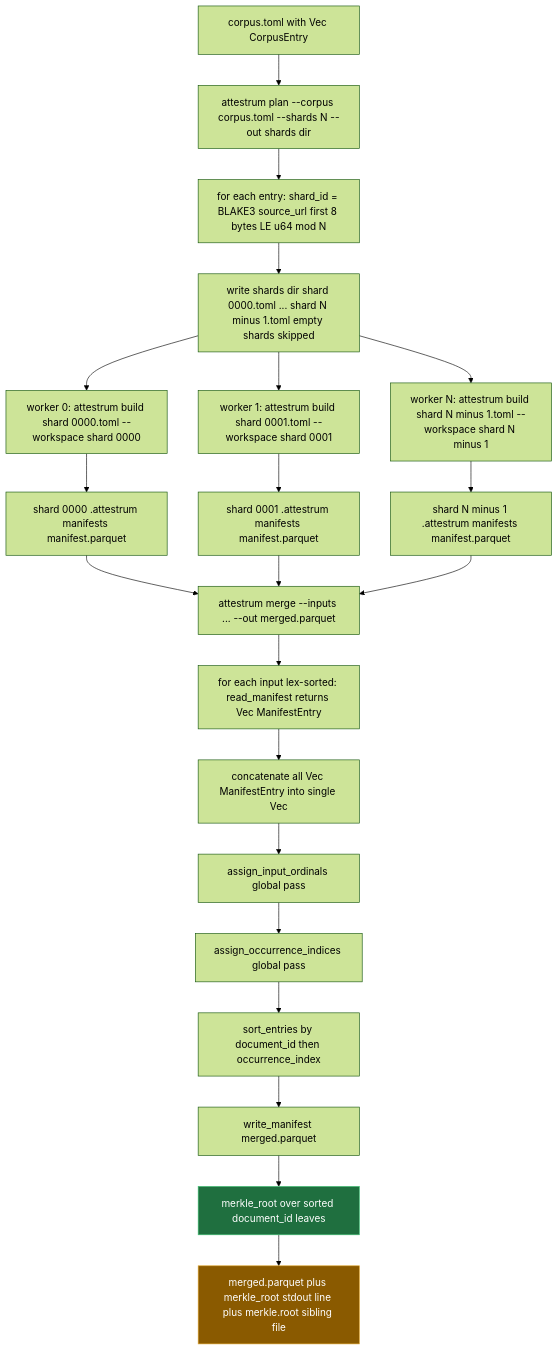
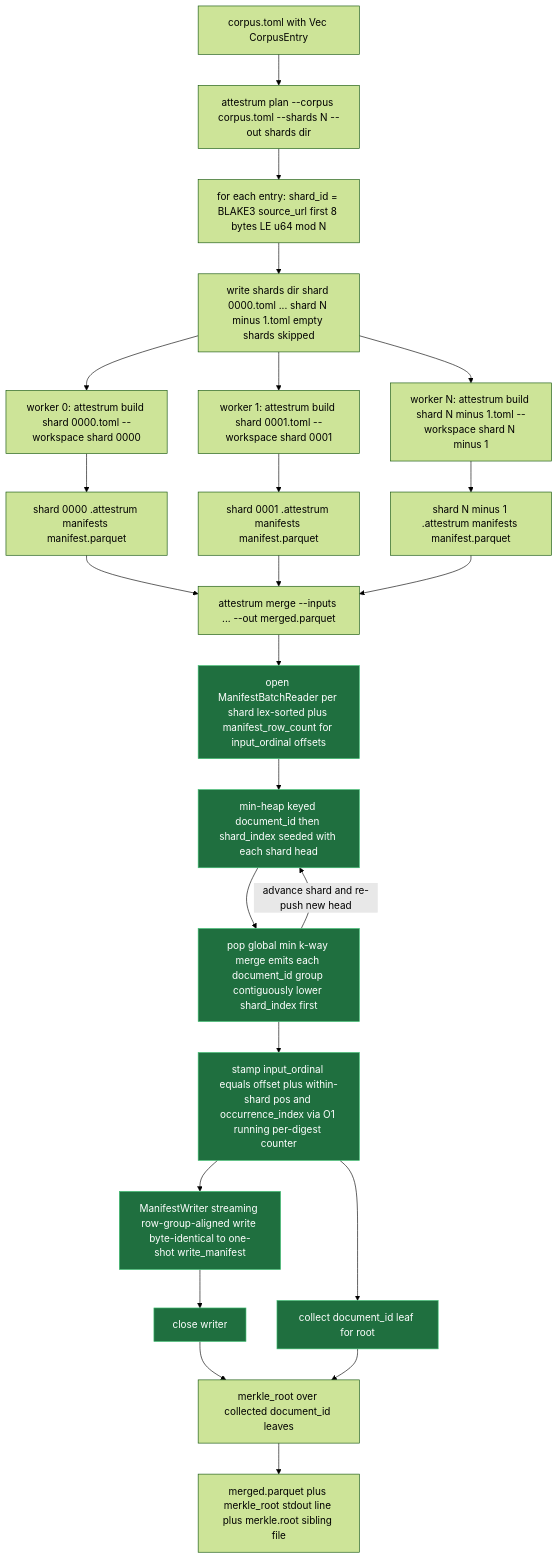
Before and after one commit to Attestrum/Attestrum: the diagram in docs/diagrams/sprint-3/sharding.md, drawn with Mermaid (forest theme). The commit also changed other lines of this file and 7 other files, not shown here.

````diff
--- a/docs/diagrams/sprint-3/sharding.md
+++ b/docs/diagrams/sprint-3/sharding.md
@@ -19,28 +19,29 @@
 ```mermaid
 flowchart TD
   IN[corpus.toml with Vec CorpusEntry] --> PLAN[attestrum plan --corpus corpus.toml --shards N --out shards dir]
   PLAN --> HASH[for each entry: shard_id = BLAKE3 source_url first 8 bytes LE u64 mod N]
   HASH --> EMIT[write shards dir shard 0000.toml ... shard N minus 1.toml empty shards skipped]
   EMIT --> WORK0[worker 0: attestrum build shard 0000.toml --workspace shard 0000]
   EMIT --> WORK1[worker 1: attestrum build shard 0001.toml --workspace shard 0001]
   EMIT --> WORKN[worker N: attestrum build shard N minus 1.toml --workspace shard N minus 1]
   WORK0 --> SHARD0[shard 0000 .attestrum manifests manifest.parquet]
   WORK1 --> SHARD1[shard 0001 .attestrum manifests manifest.parquet]
   WORKN --> SHARDN[shard N minus 1 .attestrum manifests manifest.parquet]
   SHARD0 --> MERGE[attestrum merge --inputs ... --out merged.parquet]
   SHARD1 --> MERGE
   SHARDN --> MERGE
-  MERGE --> READ[for each input lex-sorted: read_manifest returns Vec ManifestEntry]
-  READ --> CONCAT[concatenate all Vec ManifestEntry into single Vec]
-  CONCAT --> REIO[assign_input_ordinals global pass]
-  REIO --> REASS[assign_occurrence_indices global pass]
-  REASS --> RESORT[sort_entries by document_id then occurrence_index]
-  RESORT --> WRITE[write_manifest merged.parquet]
-  WRITE --> ROOT[merkle_root over sorted document_id leaves]
+  MERGE --> OPEN[open ManifestBatchReader per shard lex-sorted plus manifest_row_count for input_ordinal offsets]
+  OPEN --> HEAP[min-heap keyed document_id then shard_index seeded with each shard head]
+  HEAP --> KWAY[pop global min k-way merge emits each document_id group contiguously lower shard_index first]
+  KWAY -->|advance shard and re-push new head| HEAP
+  KWAY --> STAMP[stamp input_ordinal equals offset plus within-shard pos and occurrence_index via O1 running per-digest counter]
+  STAMP --> STREAMW[ManifestWriter streaming row-group-aligned write byte-identical to one-shot write_manifest]
+  STAMP --> LEAVES[collect document_id leaf for root]
+  STREAMW --> CLOSE[close writer]
+  CLOSE --> ROOT[merkle_root over collected document_id leaves]
+  LEAVES --> ROOT
   ROOT --> OUT[merged.parquet plus merkle_root stdout line plus merkle.root sibling file]
 
-  classDef revised fill:#8a5a00,stroke:#e0a52e,color:#fff
   classDef added fill:#1f6f3f,stroke:#3ec072,color:#fff
-  class ROOT added
-  class OUT revised
+  class OPEN,HEAP,KWAY,STAMP,STREAMW,LEAVES,CLOSE added
 ```
````
